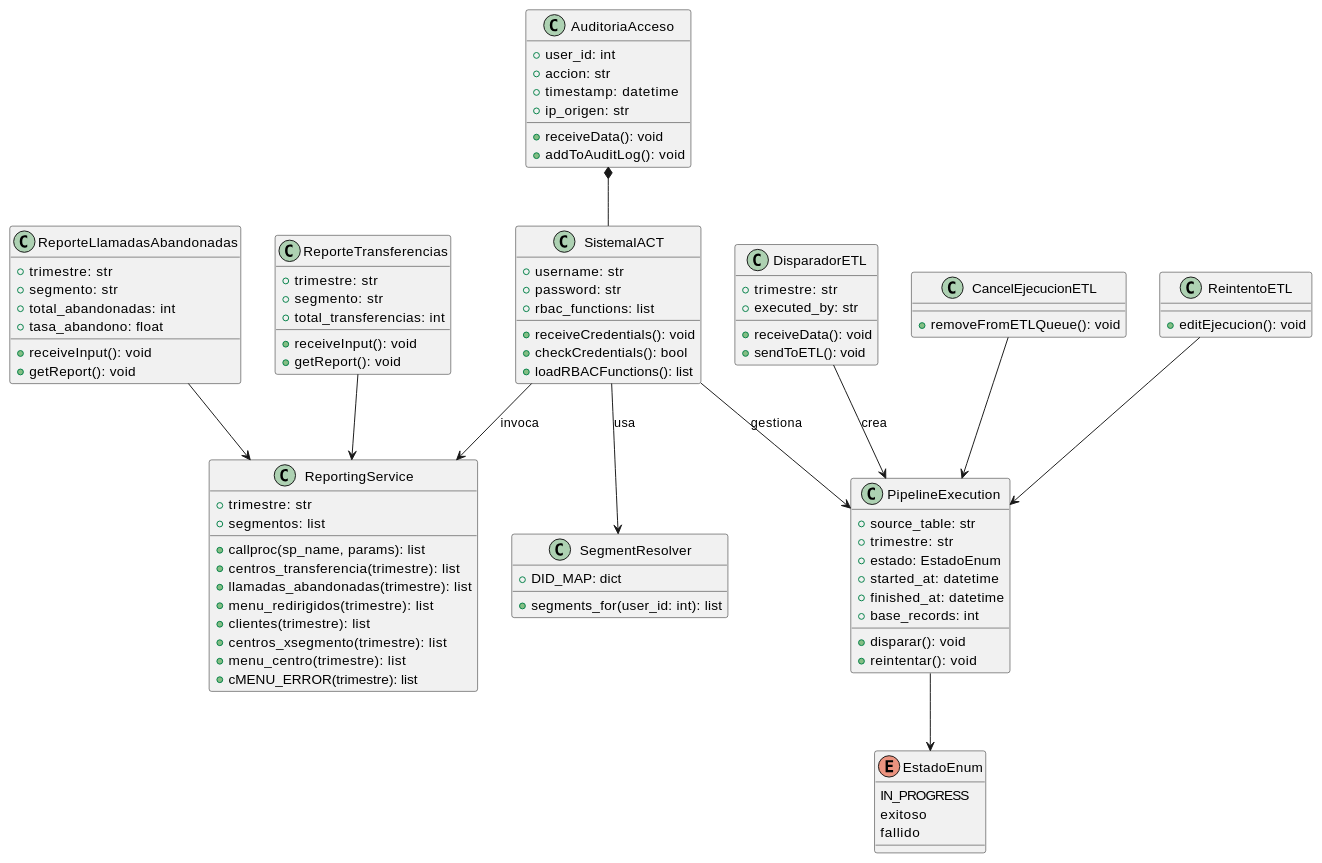
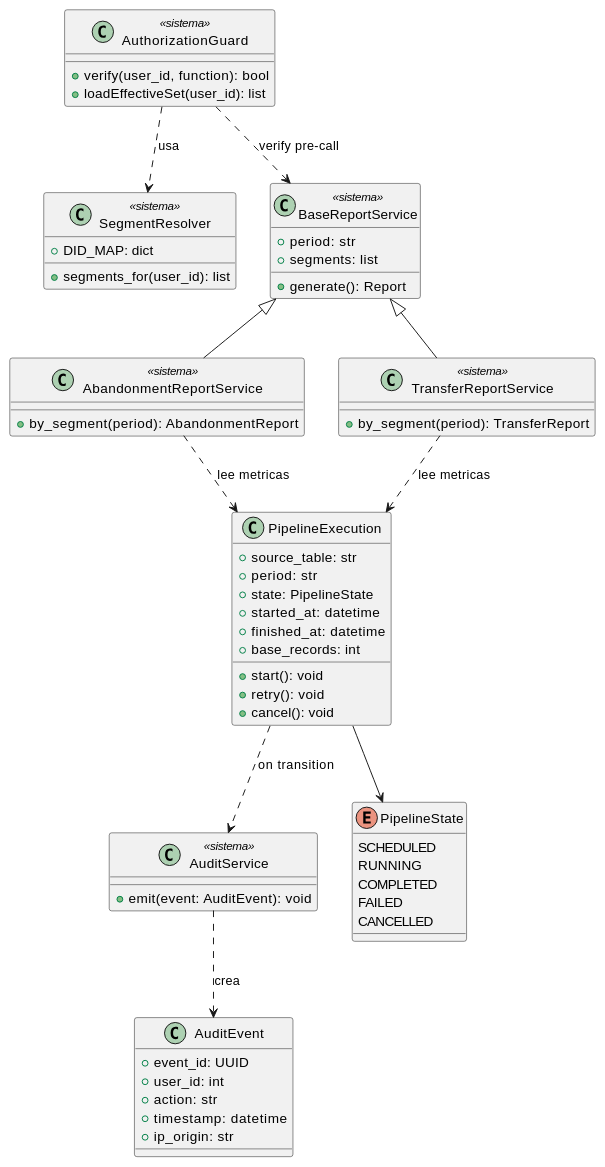
One commit to jcg-admin/IACT-docs changed the diagram in source/arquitectura-tecnica/system-view/clases-sistema-iact.rst. Above: the diagram before and after it, drawn with PlantUML. The commit also changed other lines of this file and 5 other files, not shown here.

```diff
--- a/source/arquitectura-tecnica/system-view/clases-sistema-iact.rst
+++ b/source/arquitectura-tecnica/system-view/clases-sistema-iact.rst
@@ -29,102 +38,73 @@
 .. uml::
- :caption: Figura 5 — Diagrama de clases del Sistema IACT
+ :caption: Figura 5 — Diagrama de clases del Sistema IACT.
 
  @startuml
 
- class SistemaIACT {
-   +username: str
-   +password: str
-   +rbac_functions: list
-   +receiveCredentials(): void
-   +checkCredentials(): bool
-   +loadRBACFunctions(): list
+ class AuthorizationGuard <<sistema>> {
+   +verify(user_id, function): bool
+   +loadEffectiveSet(user_id): list
  }
 
- class SegmentResolver {
+ class SegmentResolver <<sistema>> {
    +DID_MAP: dict
-   +segments_for(user_id: int): list
+   +segments_for(user_id): list
  }
 
- class ReportingService {
-   +trimestre: str
-   +segmentos: list
-   +callproc(sp_name, params): list
-   +centros_transferencia(trimestre): list
-   +llamadas_abandonadas(trimestre): list
-   +menu_redirigidos(trimestre): list
-   +clientes(trimestre): list
-   +centros_xsegmento(trimestre): list
-   +menu_centro(trimestre): list
-   +cMENU_ERROR(trimestre): list
+ class BaseReportService <<sistema>> {
+   +period: str
+   +segments: list
+   +generate(): Report
  }
 
  class PipelineExecution {
    +source_table: str
-   +trimestre: str
-   +estado: EstadoEnum
+   +period: str
+   +state: PipelineState
    +started_at: datetime
    +finished_at: datetime
    +base_records: int
-   +disparar(): void
-   +reintentar(): void
+   +start(): void
+   +retry(): void
+   +cancel(): void
  }
 
- class DisparadorETL {
-   +trimestre: str
-   +executed_by: str
-   +receiveData(): void
-   +sendToETL(): void
+ class AbandonmentReportService <<sistema>> {
+   +by_segment(period): AbandonmentReport
  }
 
- class ReporteLlamadasAbandonadas {
-   +trimestre: str
-   +segmento: str
-   +total_abandonadas: int
-   +tasa_abandono: float
-   +receiveInput(): void
-   +getReport(): void
+ class TransferReportService <<sistema>> {
+   +by_segment(period): TransferReport
  }
 
- class ReporteTransferencias {
-   +trimestre: str
-   +segmento: str
-   +total_transferencias: int
-   +receiveInput(): void
-   +getReport(): void
+ class AuditService <<sistema>> {
+   +emit(event: AuditEvent): void
  }
 
- class AuditoriaAcceso {
+ class AuditEvent {
+   +event_id: UUID
    +user_id: int
-   +accion: str
+   +action: str
    +timestamp: datetime
-   +ip_origen: str
-   +receiveData(): void
-   +addToAuditLog(): void
+   +ip_origin: str
  }
 
- class CancelEjecucionETL {
-   +removeFromETLQueue(): void
+ enum PipelineState {
+   SCHEDULED
+   RUNNING
+   COMPLETED
+   FAILED
+   CANCELLED
  }
 
- class ReintentoETL {
-   +editEjecucion(): void
- }
+ BaseReportService <|-- AbandonmentReportService
+ BaseReportService <|-- TransferReportService
 
- enum EstadoEnum {
-   IN_PROGRESS
-   exitoso
-   fallido
- }
-
- SistemaIACT --> SegmentResolver : usa
- SistemaIACT --> ReportingService : invoca
- SistemaIACT --> PipelineExecution : gestiona
- DisparadorETL --> PipelineExecution : crea
- ReporteLlamadasAbandonadas --> ReportingService
- ReporteTransferencias --> ReportingService
- AuditoriaAcceso *-- SistemaIACT
- ReintentoETL --> PipelineExecution
- CancelEjecucionETL --> PipelineExecution
- PipelineExecution --> EstadoEnum
+ AuthorizationGuard ..> SegmentResolver : usa
+ AuthorizationGuard ..> BaseReportService : verify pre-call
+ AbandonmentReportService ..> PipelineExecution : lee metricas
+ TransferReportService ..> PipelineExecution : lee metricas
+ AuditService ..> AuditEvent : crea
+ PipelineExecution ..> AuditService : on transition
+ PipelineExecution --> PipelineState
 
  @enduml
```
